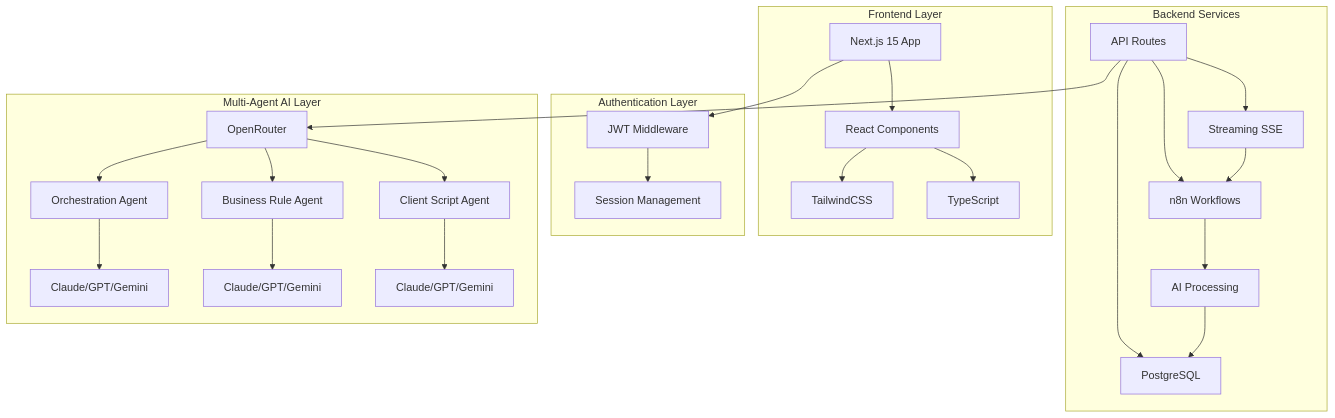
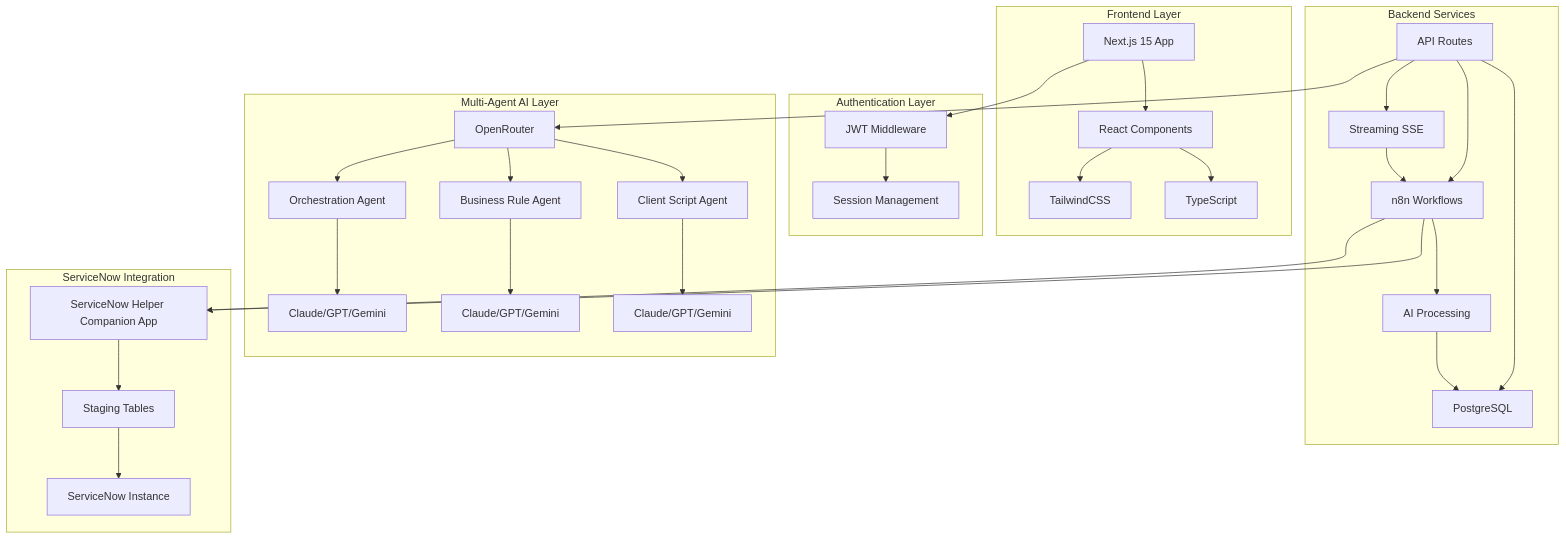
Before and after one commit to DanielMadsenDK/servicenow-helper: the first of 2 diagrams in README.md, drawn with Mermaid. The commit also changed other lines of this file, not shown here.

Commit message:
docs: Add ServiceNow Helper Companion App details and installation instructions to README

````diff
--- a/README.md
+++ b/README.md
@@ -55,33 +55,40 @@
 ```mermaid
 graph TB
     subgraph "Frontend Layer"
         A[Next.js 15 App] --> B[React Components]
         B --> C[TailwindCSS]
         B --> D[TypeScript]
     end
     
     subgraph "Authentication Layer"
         E[JWT Middleware] --> F[Session Management]
     end
     
     subgraph "Backend Services"
         H[API Routes] --> I[n8n Workflows]
         H --> G[Streaming SSE]
         I --> J[AI Processing]
         G --> I
         H --> K[PostgreSQL]
     end
     
     subgraph "Multi-Agent AI Layer"
         L[OpenRouter] --> M[Orchestration Agent]
         L --> N[Business Rule Agent]
         L --> O[Client Script Agent]
         M --> P[Claude/GPT/Gemini]
         N --> Q[Claude/GPT/Gemini]
         O --> R[Claude/GPT/Gemini]
     end
     
+    subgraph "ServiceNow Integration"
+        S[ServiceNow Helper Companion App] --> T[Staging Tables]
+        T --> U[ServiceNow Instance]
+        I --> S
+    end
+    
     A --> E
     H --> L
     J --> K
+    I --> S
 ```
````
